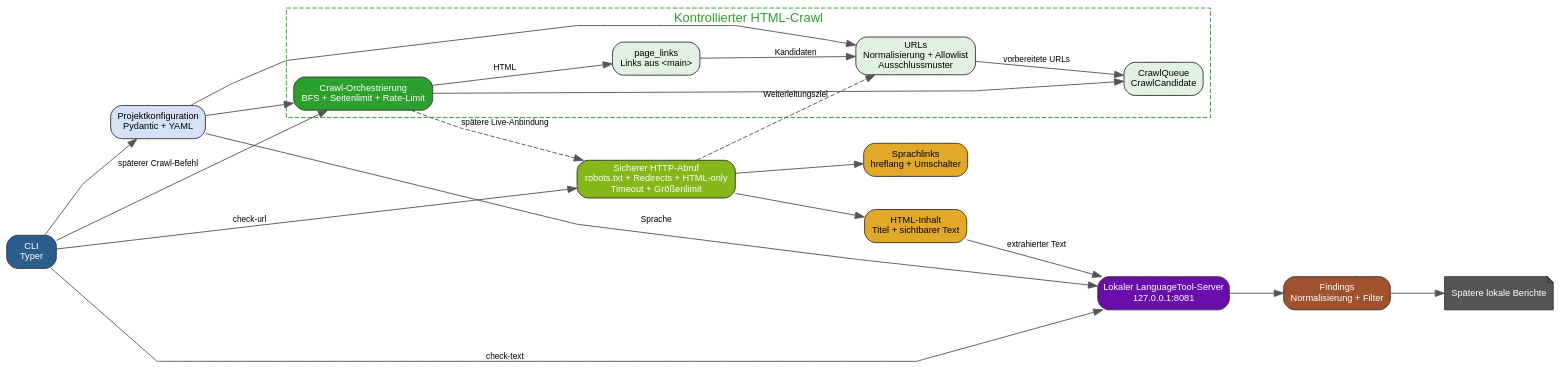
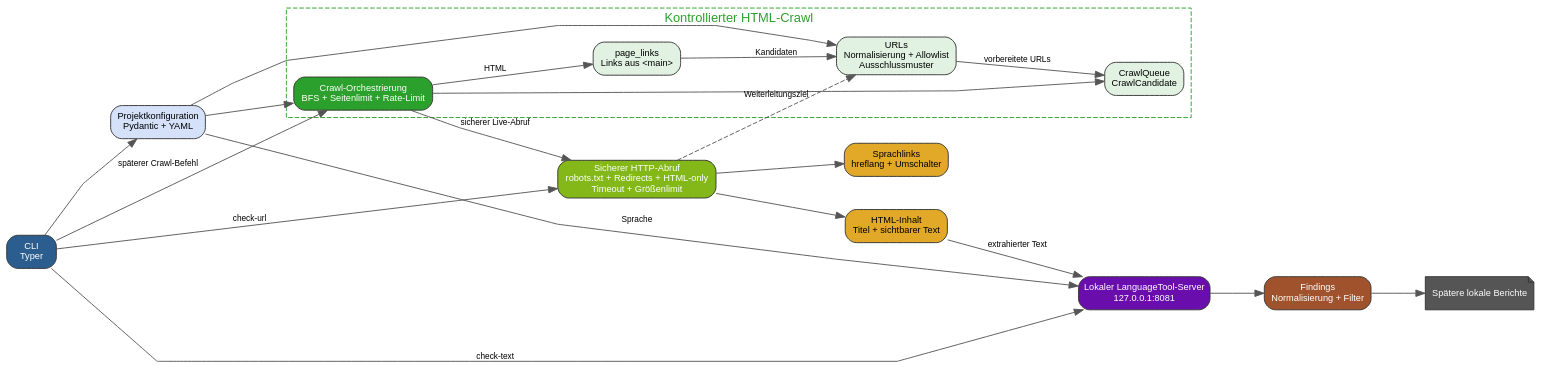
One commit to harald-er-ihn/tu-web-linguacheck changed the diagram in docs/architecture.dot. Above: the diagram before and after it, drawn with Graphviz. The commit also changed 3 other files, not shown here.

Commit message:
Connect crawler to secure HTTP fetch

```diff
--- a/docs/architecture.dot
+++ b/docs/architecture.dot
@@ -1,124 +1,124 @@
 digraph tu_web_linguacheck_architecture {
     graph [
         bgcolor="transparent",
         rankdir="LR",
         splines="polyline",
         nodesep="0.5",
         ranksep="0.8",
         fontname="Arial"
     ];
 
     node [
         shape="box",
         style="filled,rounded",
         color="#333333",
         fontname="Arial",
         fontsize="10"
     ];
 
     edge [
         color="#555555",
         fontname="Arial",
         fontsize="9"
     ];
 
     cli [
         label="CLI\nTyper",
         fillcolor="#2B5E8F",
         fontcolor="white"
     ];
 
     config [
         label="Projektkonfiguration\nPydantic + YAML",
         fillcolor="#D4E1F9"
     ];
 
     subgraph cluster_crawl {
         label="Kontrollierter HTML-Crawl";
         color="#2CA02C";
         fontcolor="#2CA02C";
         style="dashed";
 
         crawler [
             label="Crawl-Orchestrierung\nBFS + Seitenlimit + Rate-Limit",
             fillcolor="#2CA02C",
             fontcolor="white"
         ];
 
         queue [
             label="CrawlQueue\nCrawlCandidate",
             fillcolor="#E2F2E2"
         ];
 
         links [
             label="page_links\nLinks aus <main>",
             fillcolor="#E2F2E2"
         ];
 
         urls [
             label="URLs\nNormalisierung + Allowlist\nAusschlussmuster",
             fillcolor="#E2F2E2"
         ];
     }
 
     http [
         label="Sicherer HTTP-Abruf\nrobots.txt + Redirects + HTML-only\nTimeout + Größenlimit",
         fillcolor="#83B818",
         fontcolor="white"
     ];
 
     content [
         label="HTML-Inhalt\nTitel + sichtbarer Text",
         fillcolor="#E2A929"
     ];
 
     languages [
         label="Sprachlinks\nhreflang + Umschalter",
         fillcolor="#E2A929"
     ];
 
     languagetool [
         label="Lokaler LanguageTool-Server\n127.0.0.1:8081",
         fillcolor="#6A0DAD",
         fontcolor="white"
     ];
 
     findings [
         label="Findings\nNormalisierung + Filter",
         fillcolor="#A0522D",
         fontcolor="white"
     ];
 
     reports [
         label="Spätere lokale Berichte",
         fillcolor="#555555",
         fontcolor="white",
         shape="note"
     ];
 
     cli -> config;
     cli -> crawler [label="späterer Crawl-Befehl"];
     cli -> http [label="check-url"];
     cli -> languagetool [label="check-text"];
 
     config -> crawler;
     config -> urls;
     config -> languagetool [label="Sprache"];
 
     crawler -> queue;
-    crawler -> http [label="spätere Live-Anbindung", style="dashed"];
+    crawler -> http [label="sicherer Live-Abruf"];
     crawler -> links [label="HTML"];
     links -> urls [label="Kandidaten"];
     urls -> queue [label="vorbereitete URLs"];
 
     http -> content;
     http -> languages;
     content -> languagetool [label="extrahierter Text"];
     languagetool -> findings;
     findings -> reports;
 
     http -> urls [
         label="Weiterleitungsziel",
         style="dashed"
     ];
 }
```
